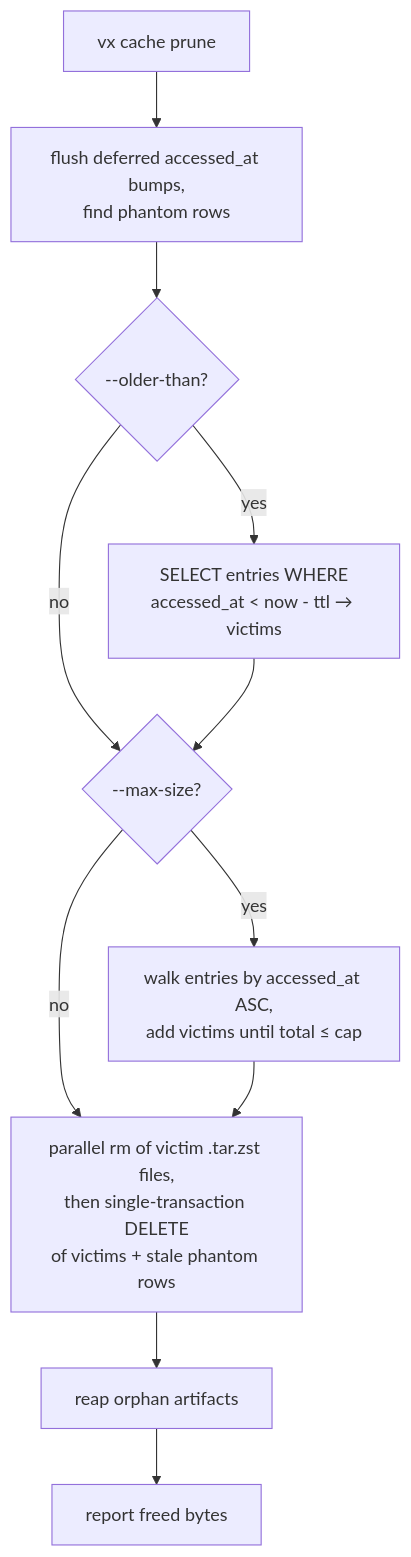
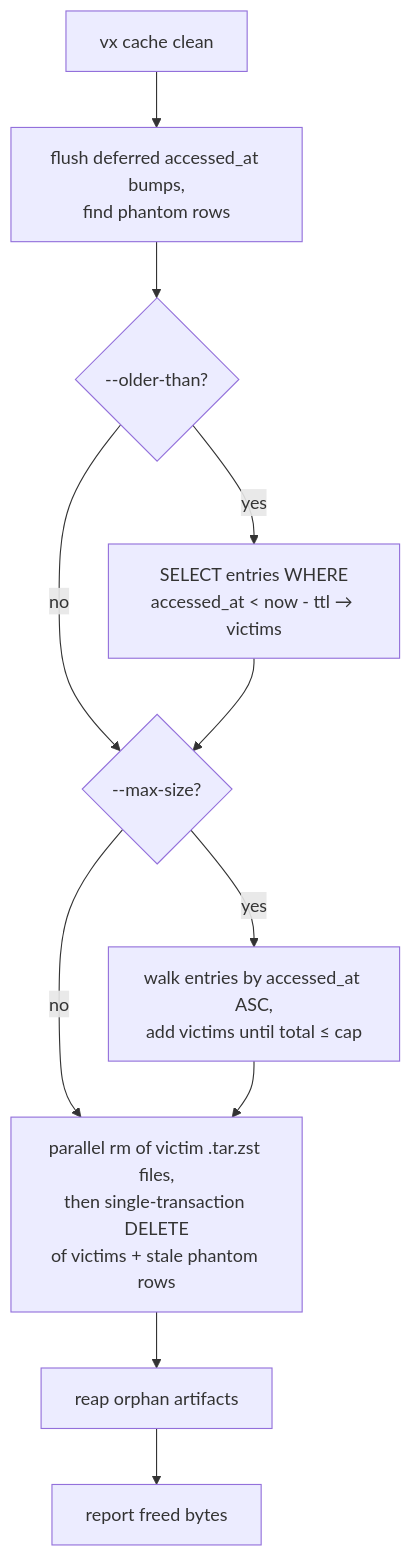
One commit to vznjs/vx changed the ninth of 10 diagrams in packages/vx/docs/flows.md. Above: the diagram before and after it, drawn with Mermaid. The commit also changed other lines of this file and 79 other files, not shown here.

First line of the commit message:
feat(cli)!: rename vx cache prune to vx cache clean

````diff
--- a/packages/vx/docs/flows.md
+++ b/packages/vx/docs/flows.md
@@ -276,13 +276,13 @@
 ```mermaid
 flowchart TD
-    A[vx cache prune] --> P[flush deferred accessed_at bumps,<br/>find phantom rows]
+    A[vx cache clean] --> P[flush deferred accessed_at bumps,<br/>find phantom rows]
     P --> B{--older-than?}
     B -->|yes| C[SELECT entries WHERE<br/>accessed_at < now - ttl → victims]
     B -->|no| D
     C --> D{--max-size?}
     D -->|yes| E[walk entries by accessed_at ASC,<br/>add victims until total ≤ cap]
     D -->|no| F
     E --> F[parallel rm of victim .tar.zst files,<br/>then single-transaction DELETE<br/>of victims + stale phantom rows]
     F --> O[reap orphan artifacts]
     O --> G[report freed bytes]
 ```
````
